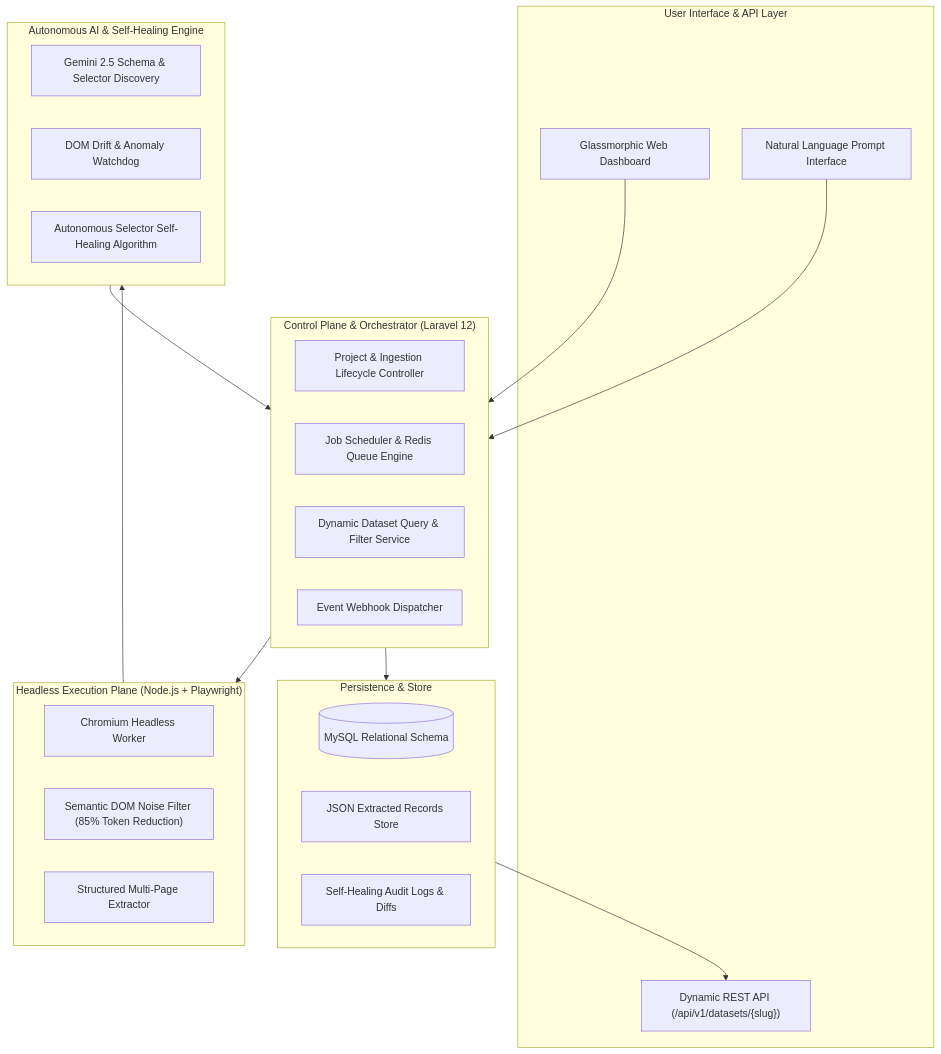
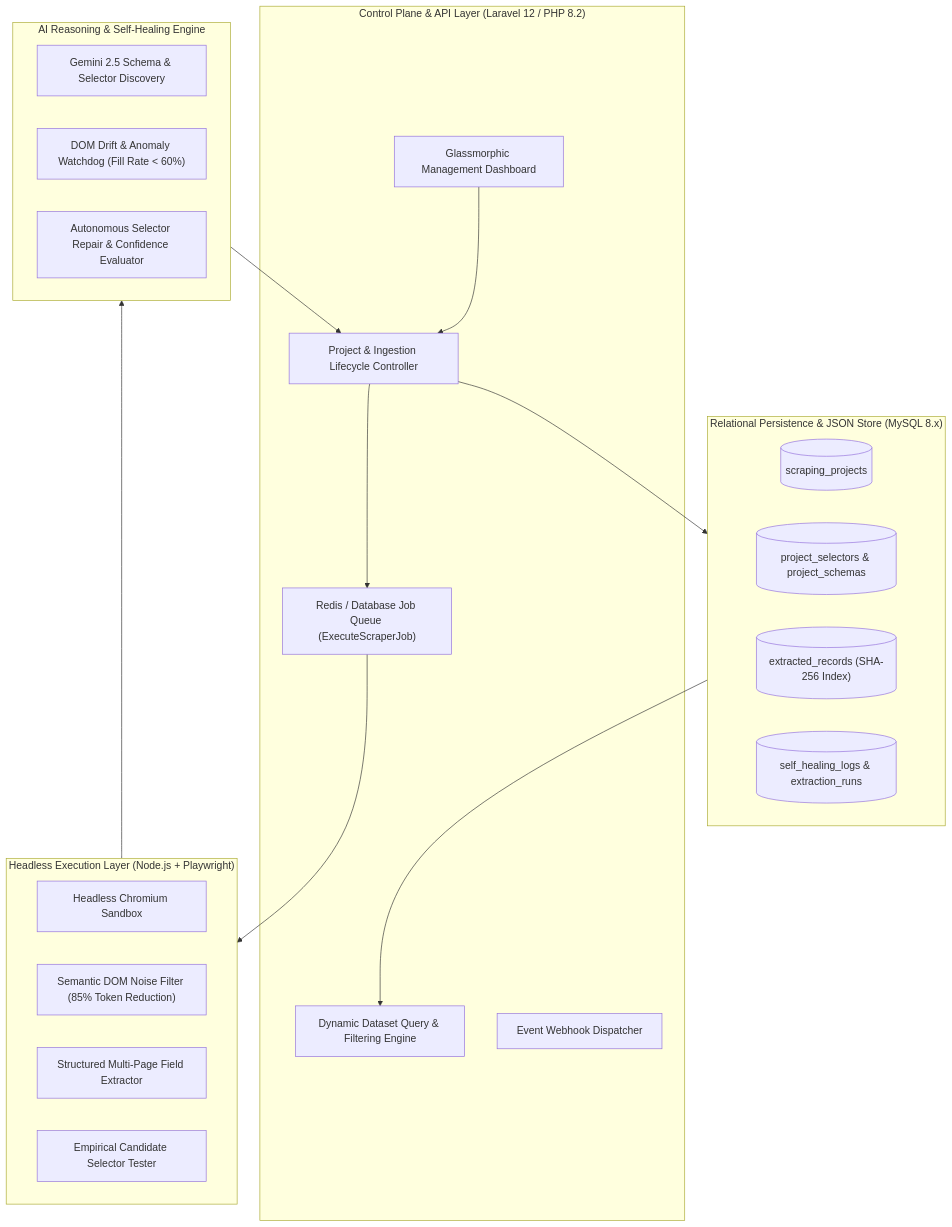
One commit to ShakhawatSakib9/OmniScrape-AI-WebMind- changed the first of 2 diagrams in README.md. Above: the diagram before and after it, drawn with Mermaid. The commit also changed other lines of this file and 1 other file, not shown here.

Commit message:
docs: elevate to senior engineering case study - add structured LLM contract, confidence formula, queue sequence, security & reliability matrix

````diff
--- a/README.md
+++ b/README.md
@@ -32,41 +43,38 @@
 ```mermaid
 graph TB
-    subgraph ClientLayer["User Interface & API Layer"]
-        UI["Glassmorphic Web Dashboard"]
-        NL["Natural Language Prompt Interface"]
-        API["Dynamic REST API (/api/v1/datasets/{slug})"]
+    subgraph ControlPlane["Control Plane & API Layer (Laravel 12 / PHP 8.2)"]
+        Dashboard["Glassmorphic Management Dashboard"]
+        IngestCtrl["Project & Ingestion Lifecycle Controller"]
+        Queue["Redis / Database Job Queue (ExecuteScraperJob)"]
+        REST["Dynamic Dataset Query & Filtering Engine"]
+        WebhookEng["Event Webhook Dispatcher"]
     end
 
-    subgraph LaravelCore["Control Plane & Orchestrator (Laravel 12)"]
-        Ctrl["Project & Ingestion Lifecycle Controller"]
-        Queue["Job Scheduler & Redis Queue Engine"]
-        REST["Dynamic Dataset Query & Filter Service"]
-        WH["Event Webhook Dispatcher"]
+    subgraph HeadlessExecution["Headless Execution Layer (Node.js + Playwright)"]
+        Chromium["Headless Chromium Sandbox"]
+        Minifier["Semantic DOM Noise Filter (85% Token Reduction)"]
+        Extractor["Structured Multi-Page Field Extractor"]
+        Verifier["Empirical Candidate Selector Tester"]
     end
 
-    subgraph ExecutionPlane["Headless Execution Plane (Node.js + Playwright)"]
-        Browser["Chromium Headless Worker"]
-        Minifier["Semantic DOM Noise Filter (85% Token Reduction)"]
-        Scraper["Structured Multi-Page Extractor"]
+    subgraph AIReasoning["AI Reasoning & Self-Healing Engine"]
+        SchemaInfer["Gemini 2.5 Schema & Selector Discovery"]
+        Watchdog["DOM Drift & Anomaly Watchdog (Fill Rate < 60%)"]
+        RepairEngine["Autonomous Selector Repair & Confidence Evaluator"]
     end
 
-    subgraph AIIntelligence["Autonomous AI & Self-Healing Engine"]
-        Inference["Gemini 2.5 Schema & Selector Discovery"]
-        Watchdog["DOM Drift & Anomaly Watchdog"]
-        Repair["Autonomous Selector Self-Healing Algorithm"]
+    subgraph Persistence["Relational Persistence & JSON Store (MySQL 8.x)"]
+        Projects[("scraping_projects")]
+        Selectors[("project_selectors & project_schemas")]
+        Records[("extracted_records (SHA-256 Index)")]
+        HealingLogs[("self_healing_logs & extraction_runs")]
     end
 
-    subgraph StorageLayer["Persistence & Store"]
-        DB[("MySQL Relational Schema")]
-        Records["JSON Extracted Records Store"]
-        Audit["Self-Healing Audit Logs & Diffs"]
-    end
-
-    UI --> LaravelCore
-    NL --> LaravelCore
-    LaravelCore --> ExecutionPlane
-    ExecutionPlane --> AIIntelligence
-    AIIntelligence --> LaravelCore
-    LaravelCore --> StorageLayer
-    StorageLayer --> API
+    Dashboard --> IngestCtrl
+    IngestCtrl --> Queue
+    Queue --> HeadlessExecution
+    HeadlessExecution --> AIReasoning
+    AIReasoning --> IngestCtrl
+    IngestCtrl --> Persistence
+    Persistence --> REST
 ```
````
